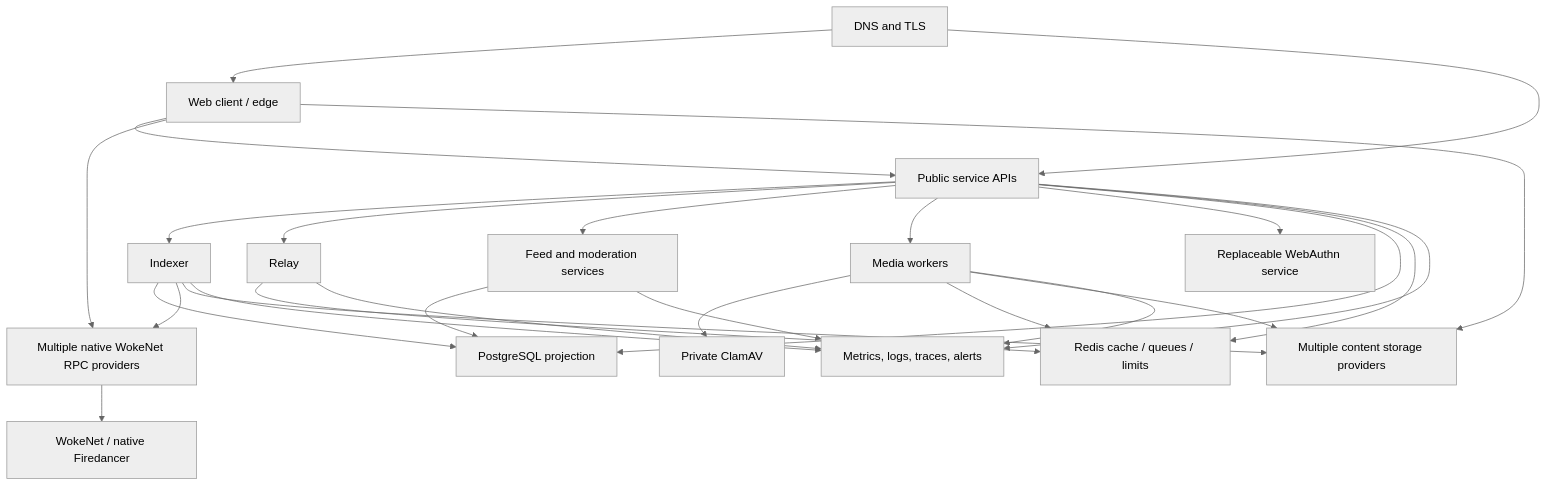
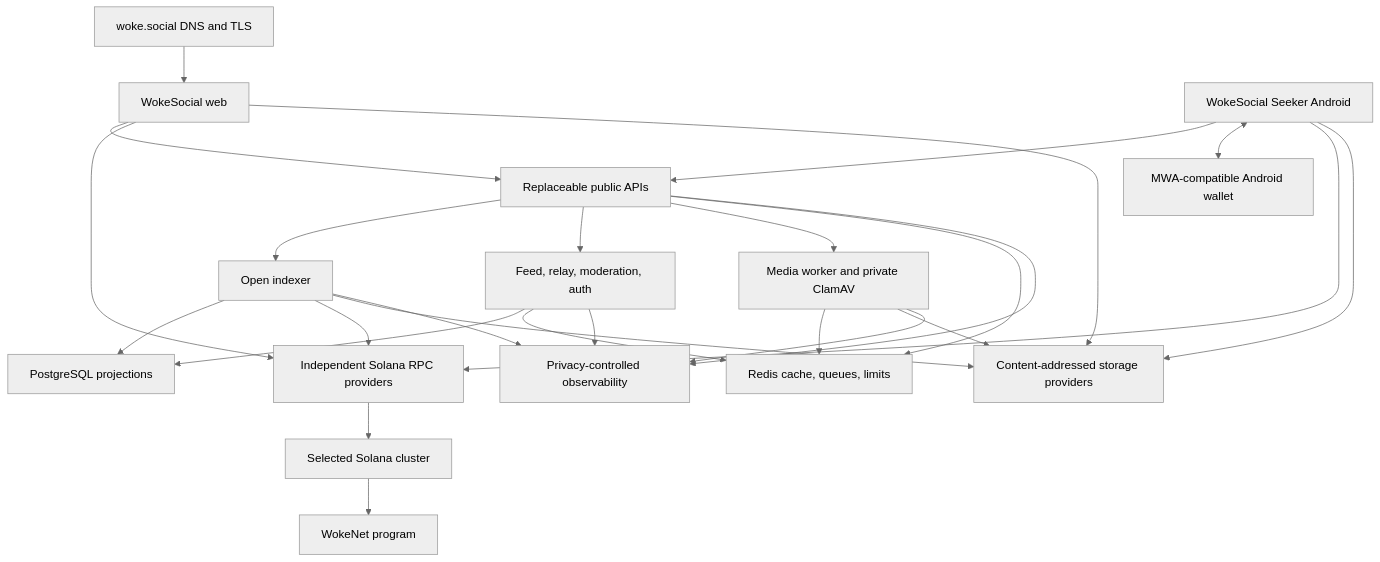
Before and after one commit to droolson/wetdrool: the diagram in docs/DEPLOYMENT.md, drawn with Mermaid (neutral theme). The commit also changed other lines of this file and 163 other files, not shown here.

Commit message:
feat(wokesocial): pivot WokeNet to Solana and add Seeker client

````diff
--- a/docs/DEPLOYMENT.md
+++ b/docs/DEPLOYMENT.md
@@ -73,45 +51,44 @@
 ```mermaid
 flowchart TB
-    DNS["DNS and TLS"]
-    WEB["Web client / edge"]
-    API["Public service APIs"]
-    IDX["Indexer"]
-    REL["Relay"]
-    FEED["Feed and moderation services"]
-    MEDIA["Media workers"]
-    CLAM["Private ClamAV"]
-    AUTH["Replaceable WebAuthn service"]
-    PG["PostgreSQL projection"]
-    REDIS["Redis cache / queues / limits"]
-    RPC["Multiple native WokeNet RPC providers"]
-    WN["WokeNet / native Firedancer"]
-    STORAGE["Multiple content storage providers"]
-    OBS["Metrics, logs, traces, alerts"]
+    DNS["woke.social DNS and TLS"]
+    WEB["WokeSocial web"]
+    ANDROID["WokeSocial Seeker Android"]
+    WALLET["MWA-compatible Android wallet"]
+    API["Replaceable public APIs"]
+    IDX["Open indexer"]
+    SERVICES["Feed, relay, moderation, auth"]
+    MEDIA["Media worker and private ClamAV"]
+    PG["PostgreSQL projections"]
+    REDIS["Redis cache, queues, limits"]
+    RPC["Independent Solana RPC providers"]
+    SOLANA["Selected Solana cluster"]
+    PROGRAM["WokeNet program"]
+    STORAGE["Content-addressed storage providers"]
+    OBS["Privacy-controlled observability"]
 
     DNS --> WEB
-    DNS --> API
     WEB --> API
+    ANDROID --> API
+    ANDROID <--> WALLET
     WEB --> RPC
-    WEB --> STORAGE
+    ANDROID --> RPC
     API --> IDX
-    API --> REL
-    API --> FEED
+    API --> SERVICES
     API --> MEDIA
-    API --> AUTH
-    MEDIA --> CLAM
     IDX --> PG
-    FEED --> PG
-    API --> PG
+    SERVICES --> PG
     API --> REDIS
-    REL --> REDIS
+    SERVICES --> REDIS
     MEDIA --> REDIS
     IDX --> RPC
-    RPC --> WN
+    RPC --> SOLANA
+    SOLANA --> PROGRAM
+    WEB --> STORAGE
+    ANDROID --> STORAGE
     MEDIA --> STORAGE
     IDX --> STORAGE
     API --> OBS
     IDX --> OBS
-    REL --> OBS
-    FEED --> OBS
+    SERVICES --> OBS
     MEDIA --> OBS
 ```
````
